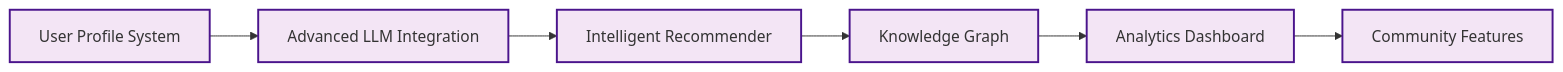
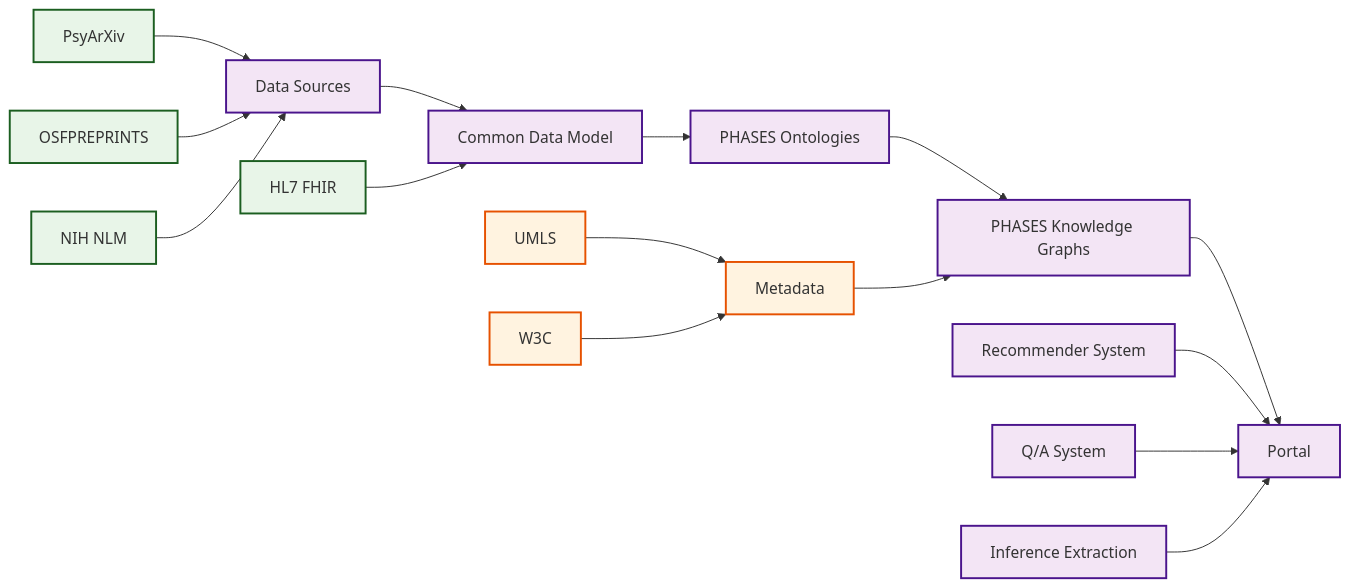
Before and after one commit to NCOR-Organization/HealthyPhases: the fourth of 4 diagrams in docs/resources/portal-development.md, drawn with Mermaid. The commit also changed other lines of this file, not shown here.

Commit message:
Align portal development with PHASES Ingestion Pipeline vision
- Update Phase 4 to reflect the complete PHASES Ingestion Pipeline end goal
- Add third core service: Inference Extraction System with SHACL and SPARQL
- Include multi-source data integration (PsyArXiv, OSFPREPRINTS, NIH NLM)
- Add HL7 FHIR common data model and PHASES Knowledge Graphs
- Include UMLS and W3C metadata enrichment
- Show progression from current basic Q&A to complete semantic interoperability system
- Phase 4 diagram now shows the full data pipeline from sources to portal services

````diff
--- a/docs/resources/portal-development.md
+++ b/docs/resources/portal-development.md
@@ -139,11 +155,30 @@
 ```mermaid
 flowchart LR
-    A[User Profile System] --> B[Advanced LLM Integration]
-    B --> C[Intelligent Recommender]
-    C --> D[Knowledge Graph]
-    D --> E[Analytics Dashboard]
-    E --> F[Community Features]
+    A[Data Sources] --> B[Common Data Model]
+    B --> C[PHASES Ontologies]
+    C --> D[PHASES Knowledge Graphs]
+    D --> E[Portal]
+    
+    F[Metadata] --> D
+    
+    A1[PsyArXiv] --> A
+    A2[OSFPREPRINTS] --> A
+    A3[NIH NLM] --> A
+    
+    B1[HL7 FHIR] --> B
+    
+    F1[UMLS] --> F
+    F2[W3C] --> F
+    
+    E1[Recommender System] --> E
+    E2[Q/A System] --> E
+    E3[Inference Extraction] --> E
     
     classDef planned fill:#f3e5f5,stroke:#4a148c,stroke-width:2px
-    class A,B,C,D,E,F planned
+    classDef data fill:#e8f5e8,stroke:#1b5e20,stroke-width:2px
+    classDef metadata fill:#fff3e0,stroke:#e65100,stroke-width:2px
+    
+    class A,B,C,D,E,E1,E2,E3 planned
+    class A1,A2,A3,B1 data
+    class F,F1,F2 metadata
 ```
````
